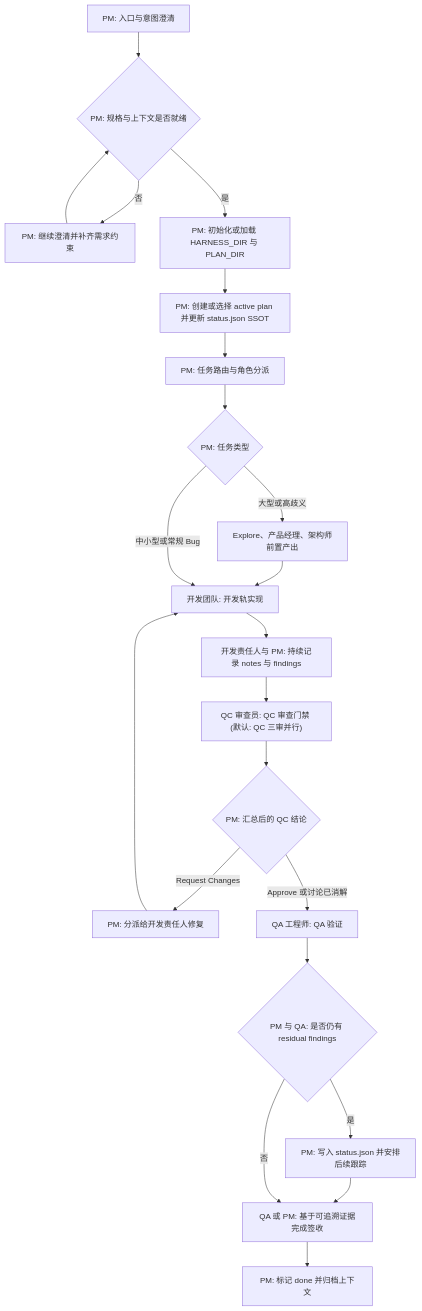
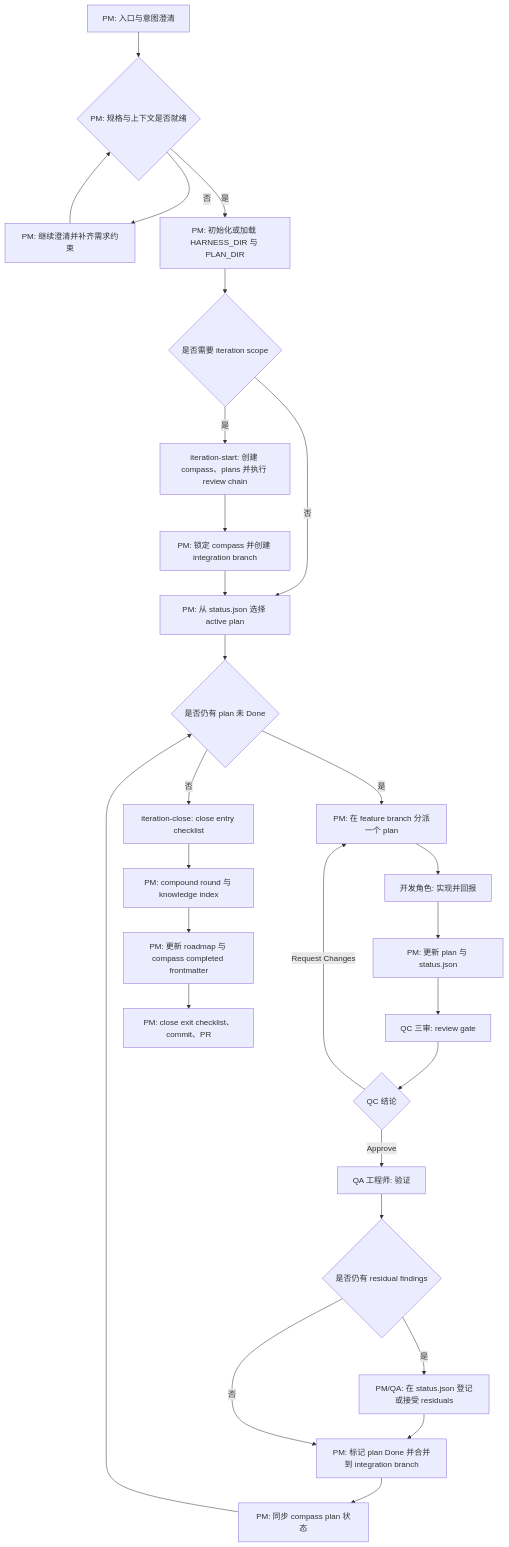
The diagram in README_CN.md (btspoony/mstar-harness), drawn with Mermaid before and after one commit. The commit also changed other lines of this file and 7 other files, not shown here.

Commit message:
Refine iteration-close harness docs and commands

````diff
--- a/README_CN.md
+++ b/README_CN.md
@@ -187,24 +193,30 @@
 ```mermaid
 flowchart TD
     A["PM: 入口与意图澄清"] --> B{"PM: 规格与上下文是否就绪"}
     B -->|否| C["PM: 继续澄清并补齐需求约束"]
     C --> B
     B -->|是| D["PM: 初始化或加载 HARNESS_DIR 与 PLAN_DIR"]
-    D --> E["PM: 创建或选择 active plan 并更新 status.json SSOT"]
-    E --> F["PM: 任务路由与角色分派"]
-    F --> G{"PM: 任务类型"}
-    G -->|大型或高歧义| H["Explore、产品经理、架构师前置产出"]
-    H --> I["开发团队: 开发轨实现"]
-    G -->|中小型或常规 Bug| I
-    I --> J["开发责任人与 PM: 持续记录 notes 与 findings"]
-    J --> K["QC 审查员: QC 审查门禁 (默认: QC 三审并行)"]
-    K --> L{"PM: 汇总后的 QC 结论"}
-    L -->|Request Changes| M["PM: 分派给开发责任人修复"]
-    M --> I
-    L -->|Approve 或讨论已消解| N["QA 工程师: QA 验证"]
-    N --> O{"PM 与 QA: 是否仍有 residual findings"}
-    O -->|是| P["PM: 写入 status.json 并安排后续跟踪"]
-    P --> Q["QA 或 PM: 基于可追溯证据完成签收"]
-    O -->|否| Q
-    Q --> R["PM: 标记 done 并归档上下文"]
+    D --> E{"是否需要 iteration scope"}
+    E -->|是| F["iteration-start: 创建 compass、plans 并执行 review chain"]
+    F --> G["PM: 锁定 compass 并创建 integration branch"]
+    E -->|否| H["PM: 从 status.json 选择 active plan"]
+    G --> H
+    H --> I{"是否仍有 plan 未 Done"}
+    I -->|是| J["PM: 在 feature branch 分派一个 plan"]
+    J --> K["开发角色: 实现并回报"]
+    K --> L["PM: 更新 plan 与 status.json"]
+    L --> M["QC 三审: review gate"]
+    M --> N{"QC 结论"}
+    N -->|Request Changes| J
+    N -->|Approve| O["QA 工程师: 验证"]
+    O --> P{"是否仍有 residual findings"}
+    P -->|是| Q["PM/QA: 在 status.json 登记或接受 residuals"]
+    Q --> R["PM: 标记 plan Done 并合并到 integration branch"]
+    P -->|否| R
+    R --> S["PM: 同步 compass plan 状态"]
+    S --> I
+    I -->|否| T["iteration-close: close entry checklist"]
+    T --> U["PM: compound round 与 knowledge index"]
+    U --> V["PM: 更新 roadmap 与 compass completed frontmatter"]
+    V --> W["PM: close exit checklist、commit、PR"]
 ```
````
